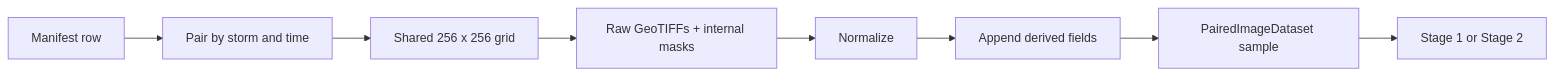
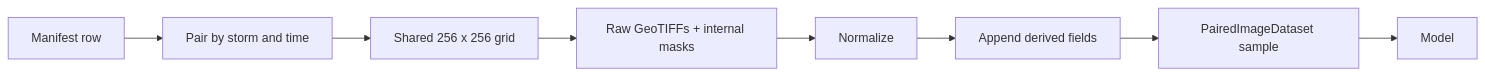
The diagram in docs/data/index.md (simon-donike/geo2wf), drawn with Mermaid before and after one commit. The commit also changed other lines of this file and 46 other files, not shown here.

````diff
--- a/docs/data/index.md
+++ b/docs/data/index.md
@@ -144,10 +133,10 @@
 ```mermaid
 flowchart LR
   A[Manifest row] --> B[Pair by storm and time]
   B --> C[Shared 256 x 256 grid]
   C --> D[Raw GeoTIFFs + internal masks]
   D --> E[Normalize]
   E --> F[Append derived fields]
   F --> G[PairedImageDataset sample]
-  G --> H[Stage 1 or Stage 2]
+  G --> H[Model]
 ```
````
